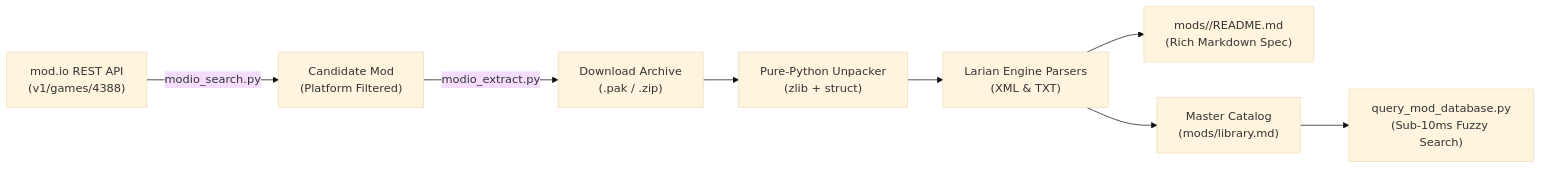
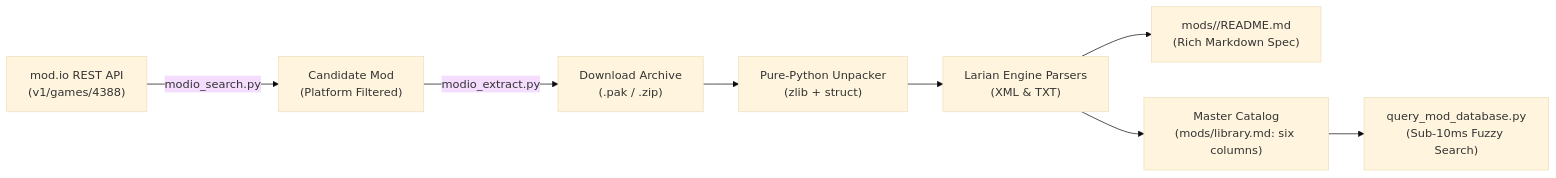
One commit to jpelton-stroud/bg3-mod-studio changed the third of 3 diagrams in docs/ARCHITECTURE.md. Above: the diagram before and after it, drawn with Mermaid (base theme). The commit also changed other lines of this file and 20 other files, not shown here.

First line of the commit message:
feat(library): adopt six-column mod catalog schema

````diff
--- a/docs/ARCHITECTURE.md
+++ b/docs/ARCHITECTURE.md
@@ -101,10 +101,10 @@
 ```mermaid
 flowchart LR
     Remote["mod.io REST API\n(v1/games/4388)"] -->|modio_search.py| SearchResults["Candidate Mod\n(Platform Filtered)"]
     SearchResults -->|modio_extract.py| DL["Download Archive\n(.pak / .zip)"]
     DL --> Extract["Pure-Python Unpacker\n(zlib + struct)"]
     Extract --> Parse["Larian Engine Parsers\n(XML & TXT)"]
     Parse --> Specs["mods/<slug>/README.md\n(Rich Markdown Spec)"]
-    Parse --> Index["Master Catalog\n(mods/library.md)"]
+    Parse --> Index["Master Catalog\n(mods/library.md: six columns)"]
     Index --> FastDB["query_mod_database.py\n(Sub-10ms Fuzzy Search)"]
 ```
````
